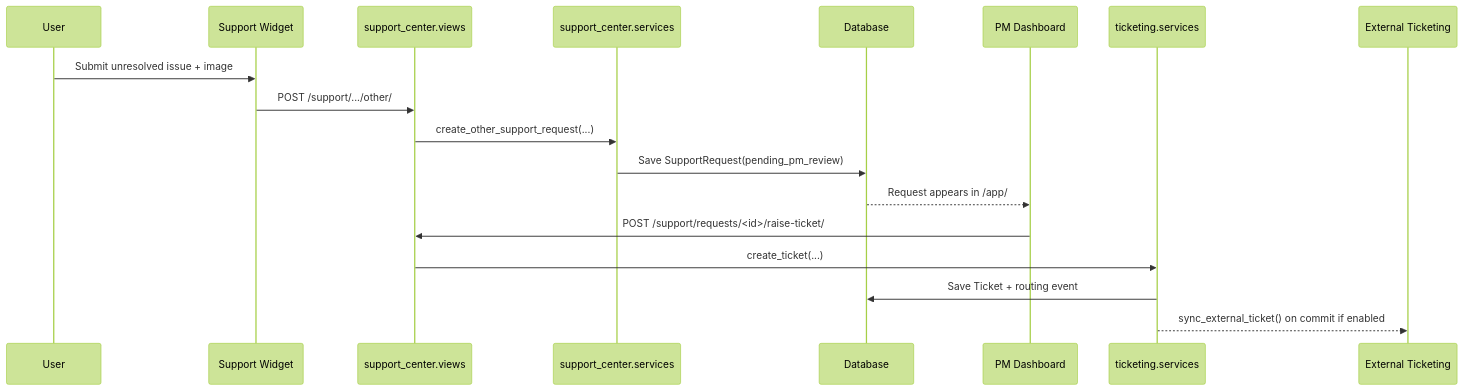
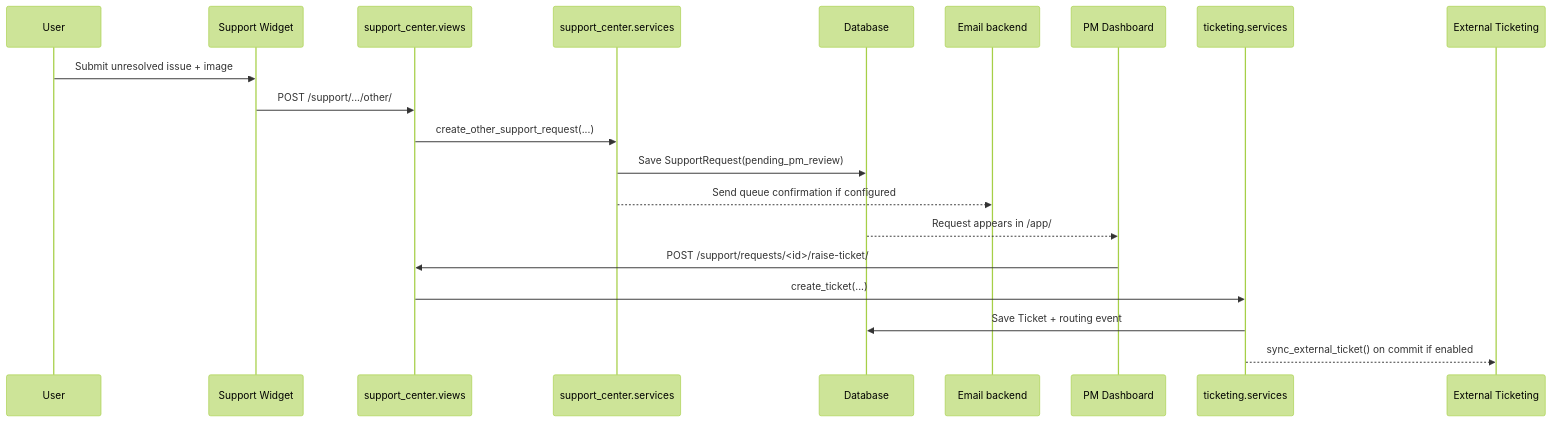
Before and after one commit to gopalakrishnanplus-creator/unified_campaign_management: the fourth of 6 diagrams in README.md, drawn with Mermaid (forest theme). The commit also changed other lines of this file, not shown here.

````diff
--- a/README.md
+++ b/README.md
@@ -854,21 +880,23 @@
 ```mermaid
 sequenceDiagram
     participant U as User
     participant W as Support Widget
     participant V as support_center.views
     participant S as support_center.services
     participant DB as Database
+    participant Mail as Email backend
     participant PM as PM Dashboard
     participant T as ticketing.services
     participant ET as External Ticketing
 
     U->>W: Submit unresolved issue + image
     W->>V: POST /support/.../other/
     V->>S: create_other_support_request(...)
     S->>DB: Save SupportRequest(pending_pm_review)
+    S-->>Mail: Send queue confirmation if configured
     DB-->>PM: Request appears in /app/
     PM->>V: POST /support/requests/<id>/raise-ticket/
     V->>T: create_ticket(...)
     T->>DB: Save Ticket + routing event
     T-->>ET: sync_external_ticket() on commit if enabled
 ```
````
